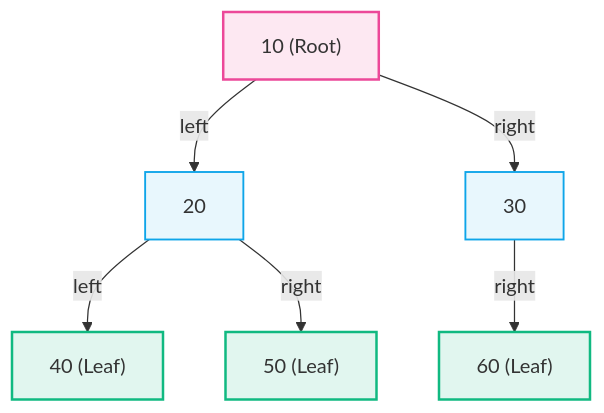
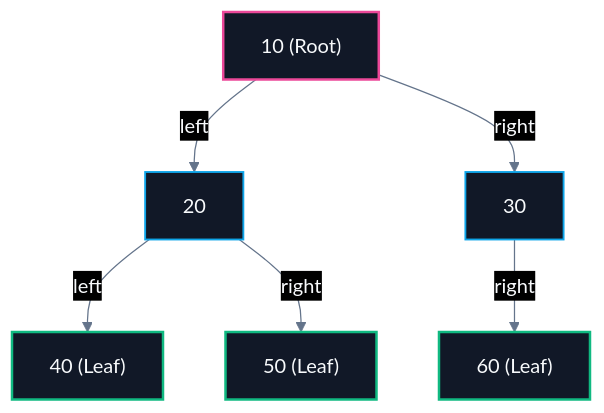
The fifth of 8 diagrams in CS/DSA/07. Trees & BSTs/01. Binary Tree Fundamentals.md (abhinavbharti2345/CS_Notes), drawn with Mermaid before and after one commit. The commit also changed other lines of this file and 195 other files, not shown here.

````diff
--- a/CS/DSA/07. Trees & BSTs/01. Binary Tree Fundamentals.md
+++ b/CS/DSA/07. Trees & BSTs/01. Binary Tree Fundamentals.md
@@ -208,22 +212,23 @@
 ```mermaid
+%%{init: {'theme': 'base', 'themeVariables': { 'darkMode': true, 'background': '#0B0F14', 'mainBkg': '#111827', 'primaryColor': '#111827', 'primaryTextColor': '#F8FAFC', 'primaryBorderColor': '#38BDF8', 'lineColor': '#64748B', 'secondaryColor': '#0B0F14', 'tertiaryColor': '#0B0F14', 'clusterBkg': '#0B0F14', 'clusterBorder': '#38BDF8' }}}%%
 flowchart TD
     R["10 (Root)"]
     N20["20"]
     N30["30"]
     N40["40 (Leaf)"]
     N50["50 (Leaf)"]
     N60["60 (Leaf)"]
 
     R -->|left| N20
     R -->|right| N30
     N20 -->|left| N40
     N20 -->|right| N50
     N30 -->|right| N60
 
-    classDef rootStyle fill:#ec489920,stroke:#ec4899,stroke-width:2px;
-    classDef leafStyle fill:#10b98120,stroke:#10b981,stroke-width:2px;
-    classDef defaultStyle fill:#0ea5e918,stroke:#0ea5e9,stroke-width:1.5px;
+    classDef rootStyle fill:#111827,stroke:#ec4899,stroke-width:2px,color:#F8FAFC;
+    classDef leafStyle fill:#111827,stroke:#10b981,stroke-width:2px,color:#F8FAFC;
+    classDef defaultStyle fill:#111827,stroke:#0ea5e9,stroke-width:1.5px,color:#F8FAFC;
     class R rootStyle;
     class N40,N50,N60 leafStyle;
     class N20,N30 defaultStyle;
 ```
````
